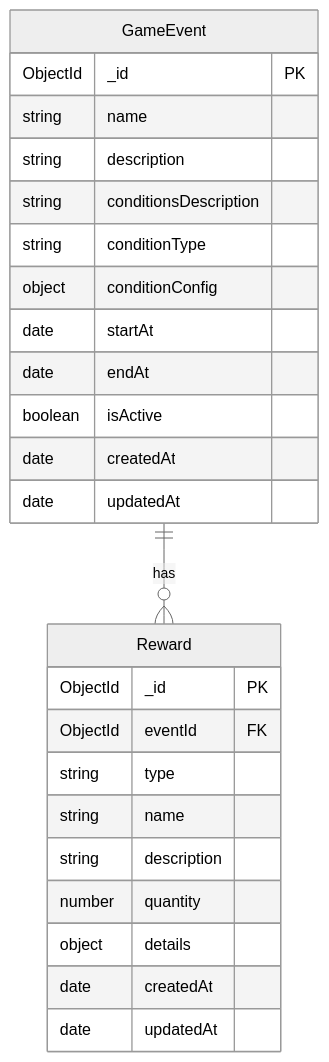
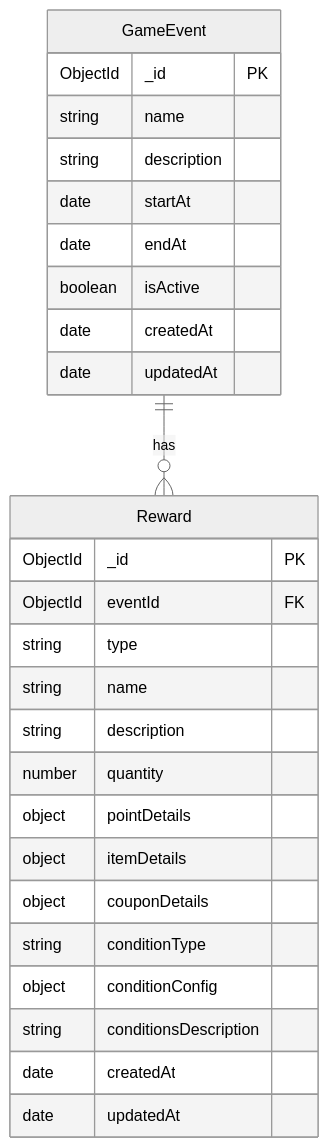
The diagram in apps/event/README.md (secondgrape2/msa-practice), drawn with Mermaid (neutral theme) before and after one commit. The commit also changed other lines of this file and 20 other files, not shown here.

````diff
--- a/apps/event/README.md
+++ b/apps/event/README.md
@@ -5,30 +5,32 @@
 ```mermaid
 erDiagram
     GameEvent {
         ObjectId _id PK
         string name
         string description
-        string conditionsDescription
-        string conditionType
-        object conditionConfig
         date startAt
         date endAt
         boolean isActive
         date createdAt
         date updatedAt
     }
 
     Reward {
         ObjectId _id PK
         ObjectId eventId FK
         string type
         string name
         string description
         number quantity
-        object details
+        object pointDetails
+        object itemDetails
+        object couponDetails
+        string conditionType
+        object conditionConfig
+        string conditionsDescription
         date createdAt
         date updatedAt
     }
 
     GameEvent ||--o{ Reward : "has"
 ```
````
